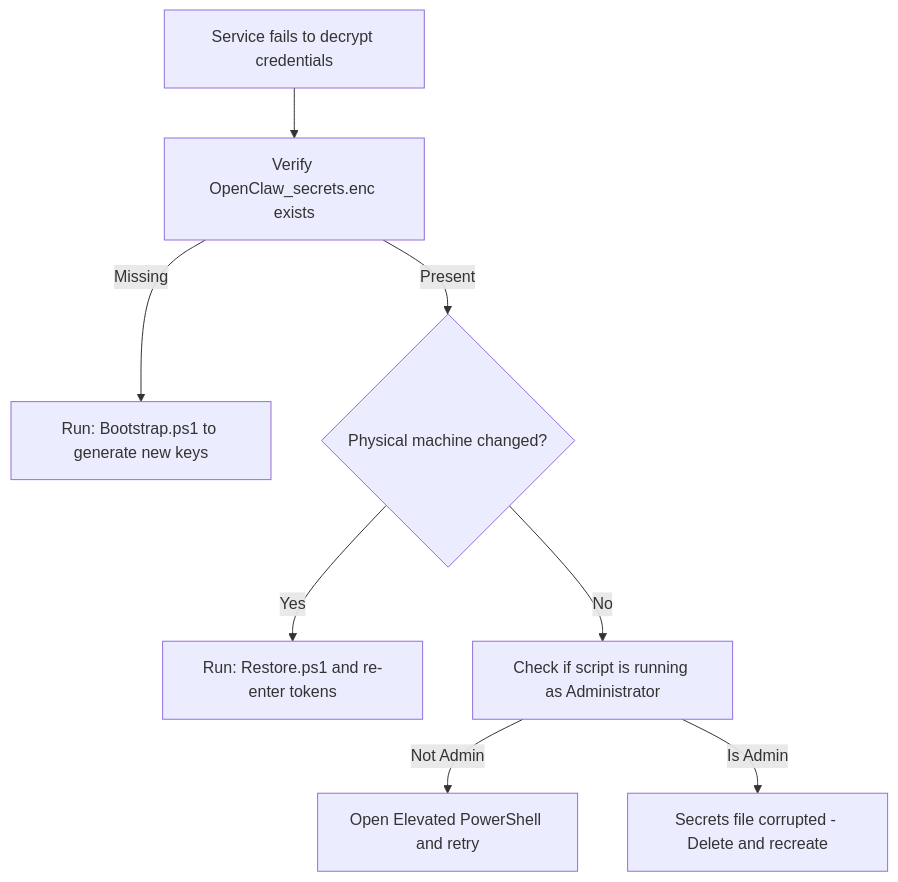
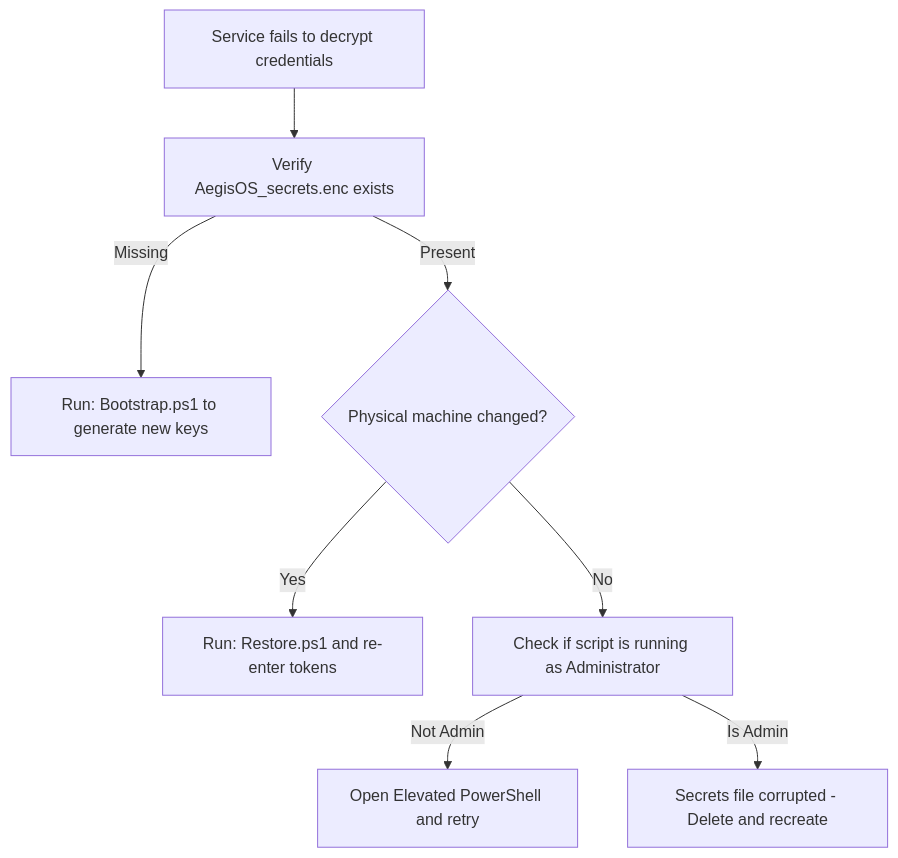
Before and after one commit to rjmad1/AegisOS: the third of 4 diagrams in docs/Troubleshooting_Guide.md, drawn with Mermaid. The commit also changed other lines of this file and 303 other files, not shown here.

Commit message:
refactor(branding): rename OpenClaw to AegisOS

````diff
--- a/docs/Troubleshooting_Guide.md
+++ b/docs/Troubleshooting_Guide.md
@@ -81,12 +81,12 @@
 ```mermaid
 flowchart TD
-    Start[Service fails to decrypt credentials] --> CheckFile[Verify OpenClaw_secrets.enc exists]
+    Start[Service fails to decrypt credentials] --> CheckFile[Verify AegisOS_secrets.enc exists]
     CheckFile -->|Missing| RunBootstrap[Run: Bootstrap.ps1 to generate new keys]
     CheckFile -->|Present| VerifyHost{Physical machine changed?}
     
     VerifyHost -->|Yes| RunRestore[Run: Restore.ps1 and re-enter tokens]
     VerifyHost -->|No| CheckPermissions[Check if script is running as Administrator]
     
     CheckPermissions -->|Not Admin| RerunElevated[Open Elevated PowerShell and retry]
     CheckPermissions -->|Is Admin| RegKeyCorrupted[Secrets file corrupted - Delete and recreate]
 ```
````
